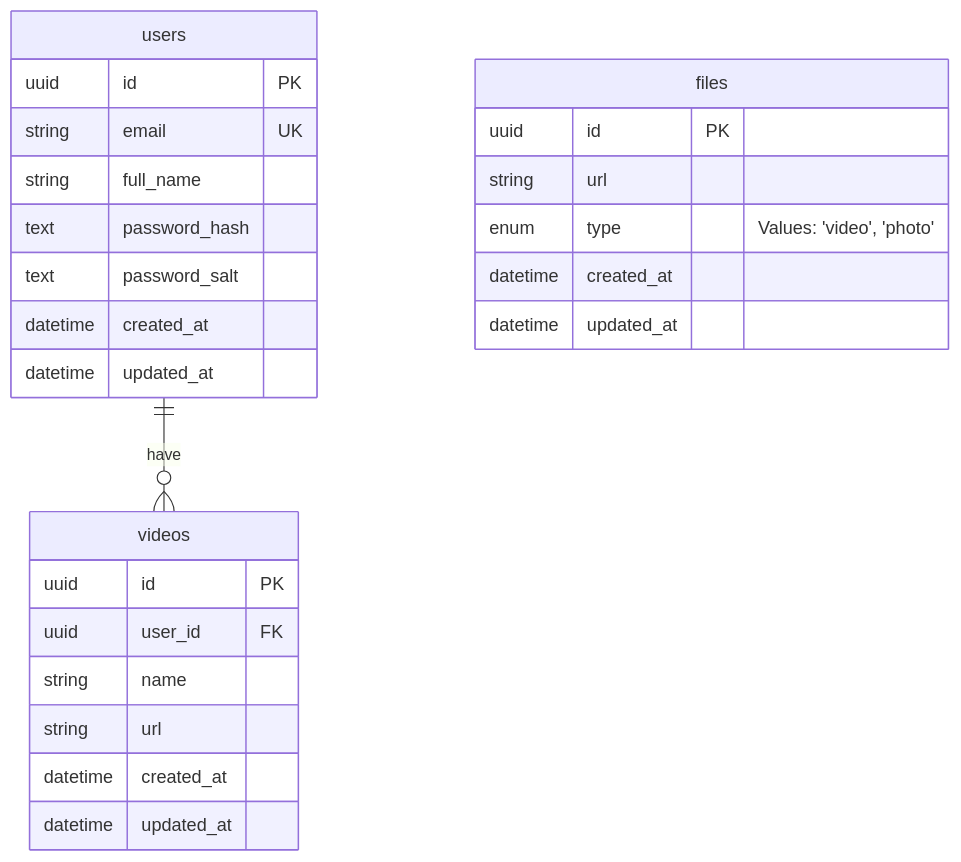
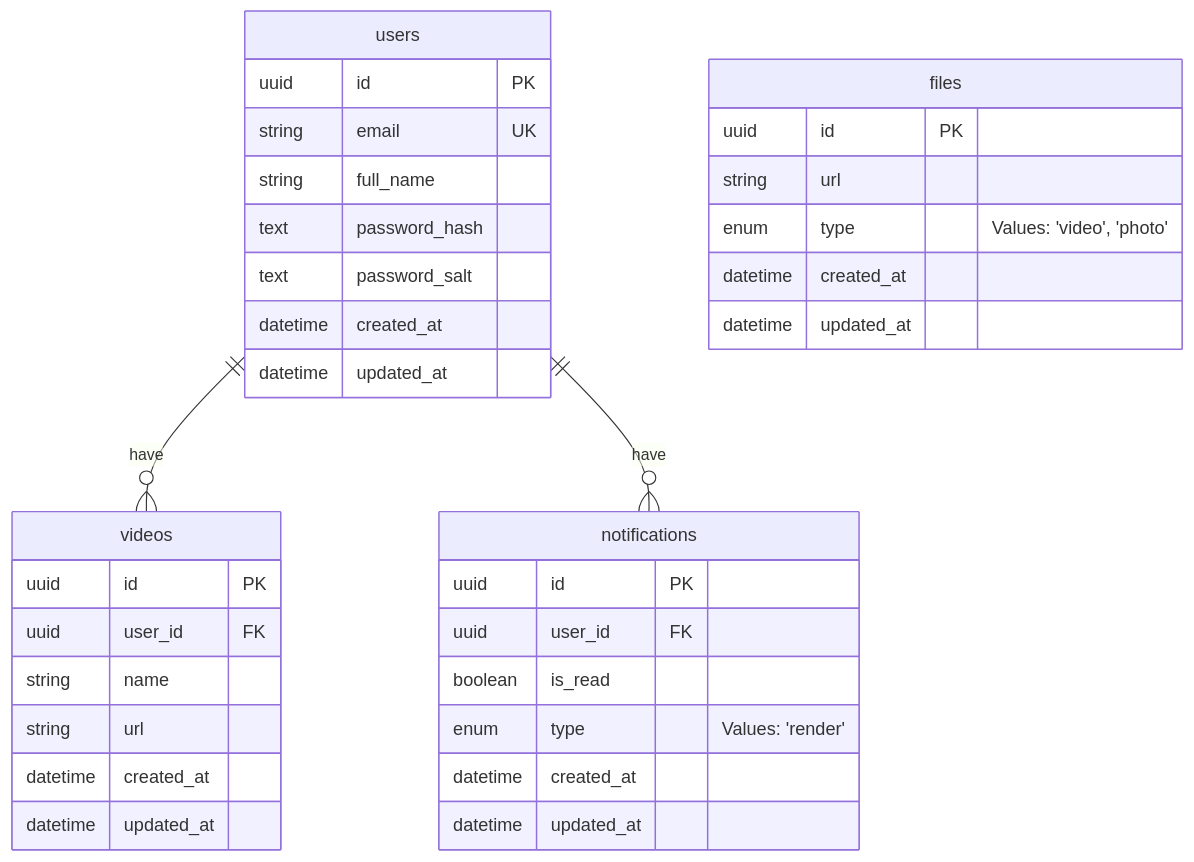
Before and after one commit to BinaryStudioAcademy/bsa-2024-outreachvids: the diagram in README.md, drawn with Mermaid.

Commit message:
OV-97: + add notification relation

````diff
--- a/README.md
+++ b/README.md
@@ -28,28 +28,37 @@
 ```mermaid
 erDiagram
     users {
         uuid id PK
         string email UK
         string full_name
         text password_hash
         text password_salt
         datetime created_at
         datetime updated_at
     }
     videos {
         uuid id PK
         uuid user_id FK
         string name
         string url
         datetime created_at
         datetime updated_at
     }
     files {
         uuid id PK
         string url
         enum type "Values: 'video', 'photo'"
         datetime created_at
         datetime updated_at
     }
+    notifications {
+        uuid id PK
+        uuid user_id FK
+        boolean is_read
+        enum type "Values: 'render'"
+        datetime created_at
+        datetime updated_at
+    }
     users ||--o{ videos : have
+    users ||--o{ notifications : have
 ```
````
